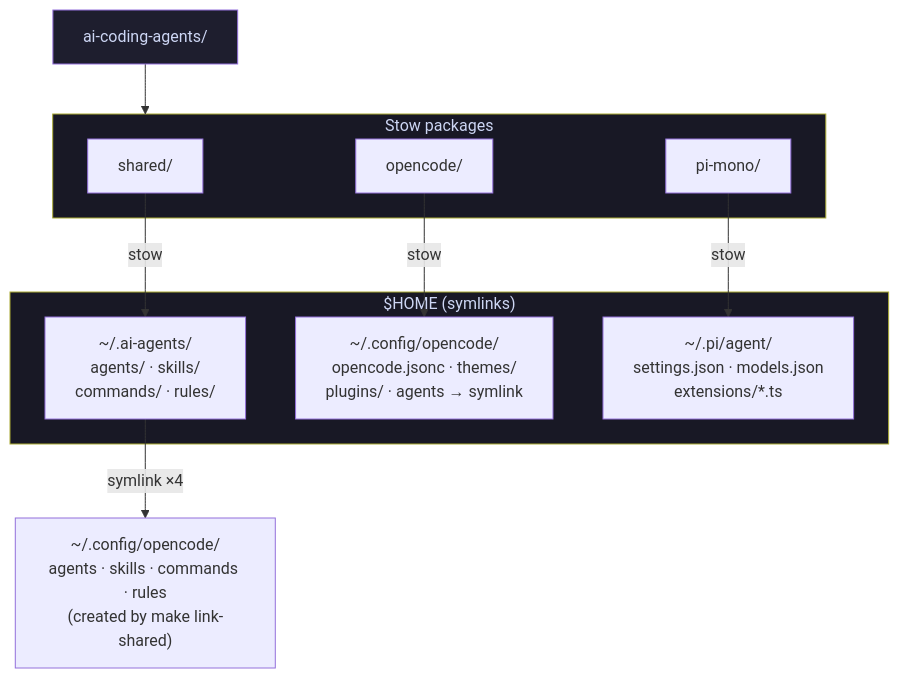
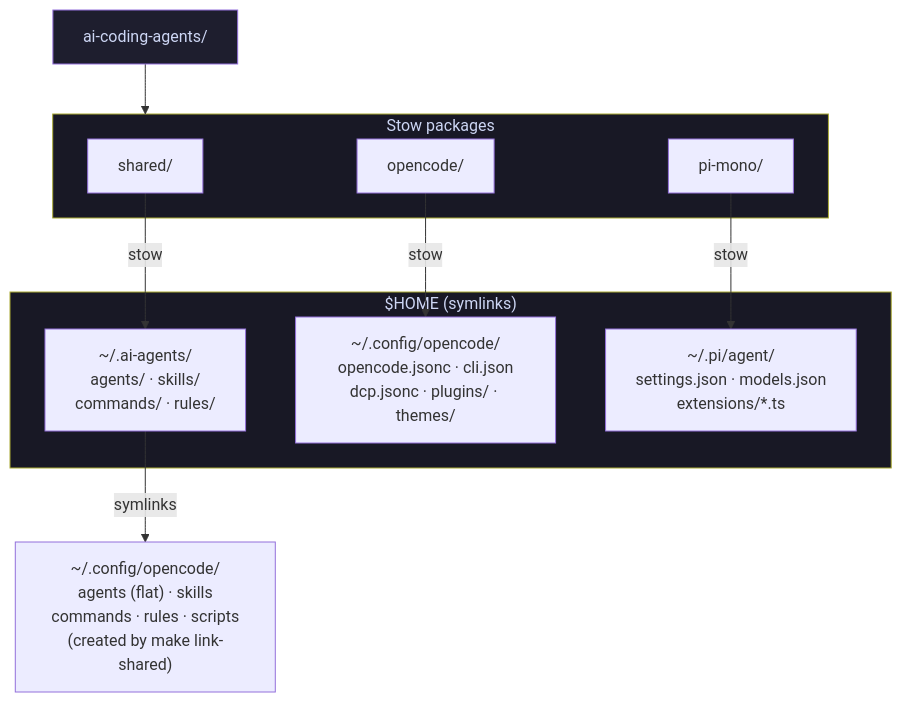
The first of 5 diagrams in docs/ARCHITECTURE.md (tektite-io/ai-coding-agents), drawn with Mermaid before and after one commit. The commit also changed other lines of this file and 27 other files, not shown here.

First line of the commit message:
feat(opencode): migrate configuration to native v2 architecture

````diff
--- a/docs/ARCHITECTURE.md
+++ b/docs/ARCHITECTURE.md
@@ -37,27 +38,27 @@
 ```mermaid
 flowchart TD
     repo["ai-coding-agents/"]
 
     subgraph packages["Stow packages"]
         shared["shared/"]
         opencode["opencode/"]
         pi_mono["pi-mono/"]
     end
 
     subgraph home["$HOME (symlinks)"]
         ai_agents["~/.ai-agents/\nagents/ · skills/\ncommands/ · rules/"]
-        oc_config["~/.config/opencode/\nopencode.jsonc · themes/\nplugins/ · agents → symlink"]
+        oc_config["~/.config/opencode/\nopencode.jsonc · cli.json\ndcp.jsonc · plugins/ · themes/"]
         pi_config["~/.pi/agent/\nsettings.json · models.json\nextensions/*.ts"]
     end
 
     repo --> packages
     shared -->|stow| ai_agents
     opencode -->|stow| oc_config
     pi_mono -->|stow| pi_config
 
-    ai_agents -->|symlink ×4| oc_agents["~/.config/opencode/\nagents · skills · commands · rules\n(created by make link-shared)"]
+    ai_agents -->|symlinks| oc_agents["~/.config/opencode/\nagents (flat) · skills\ncommands · rules · scripts\n(created by make link-shared)"]
 
     style repo fill:#1e1e2e,color:#cdd6f4
     style packages fill:#181825,color:#cdd6f4
     style home fill:#181825,color:#cdd6f4
 ```
````
